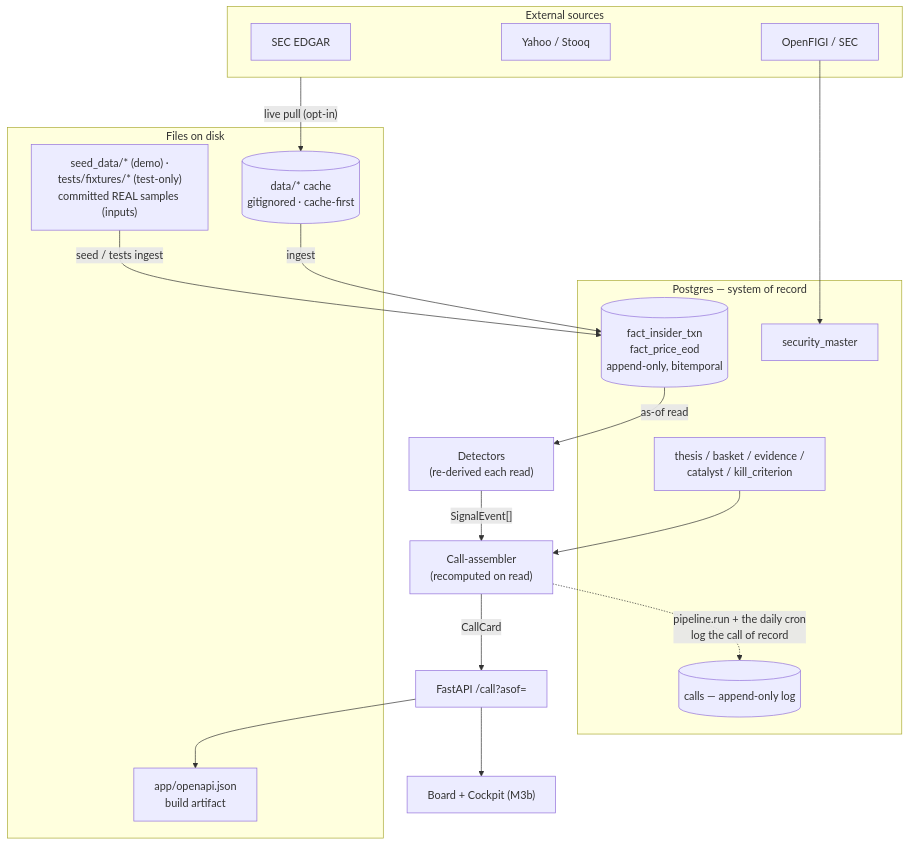
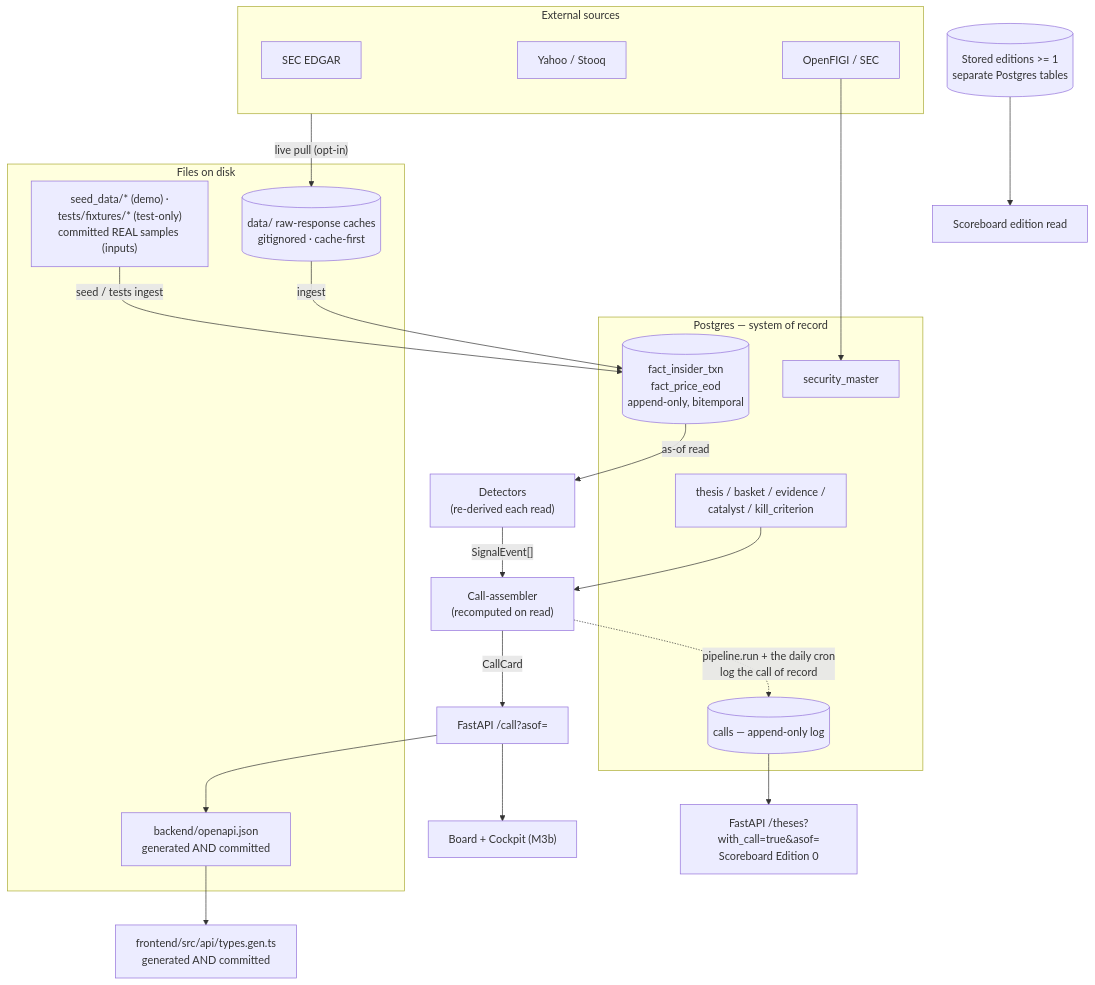
The diagram in docs/DATA_FLOW.md (oakwoodgates/alphadeck), drawn with Mermaid before and after one commit. The commit also changed other lines of this file and 12 other files, not shown here.

````diff
--- a/docs/DATA_FLOW.md
+++ b/docs/DATA_FLOW.md
@@ -54,28 +61,31 @@
 ```mermaid
 flowchart TD
     subgraph SRC["External sources"]
       EDGAR["SEC EDGAR"]; YH["Yahoo / Stooq"]; FIGI["OpenFIGI / SEC"]
     end
     subgraph DISK["Files on disk"]
       FIX["seed_data/* (demo) ·<br/>tests/fixtures/* (test-only)<br/>committed REAL samples (inputs)"]
-      CACHE[("data/*  cache<br/>gitignored · cache-first")]
-      OAPI["app/openapi.json<br/>build artifact"]
+      CACHE[("data/ raw-response caches<br/>gitignored · cache-first")]
+      OAPI["backend/openapi.json<br/>generated AND committed"]
     end
     subgraph DB["Postgres — system of record"]
       SM["security_master"]
       FACTS[("fact_insider_txn<br/>fact_price_eod<br/>append-only, bitemporal")]
       SPINE["thesis / basket / evidence /<br/>catalyst / kill_criterion"]
       CALLS[("calls — append-only log")]
     end
     SRC -->|"live pull (opt-in)"| CACHE
     CACHE -->|ingest| FACTS
     FIX -->|"seed / tests ingest"| FACTS
     FIGI --> SM
     FACTS -->|"as-of read"| DET["Detectors<br/>(re-derived each read)"]
     SPINE --> ASM
     DET -->|"SignalEvent[]"| ASM["Call-assembler<br/>(recomputed on read)"]
     ASM -->|CallCard| API["FastAPI /call?asof="]
     ASM -.->|"pipeline.run + the daily cron<br/>log the call of record"| CALLS
     API --> UI["Board + Cockpit (M3b)"]
+    CALLS --> REC["FastAPI /theses?with_call=true&amp;asof=<br/>Scoreboard Edition 0"]
+    EDITIONS[("Stored editions >= 1<br/>separate Postgres tables")] --> SB["Scoreboard edition read"]
     API --> OAPI
+    OAPI --> TYPES["frontend/src/api/types.gen.ts<br/>generated AND committed"]
 ```
````
